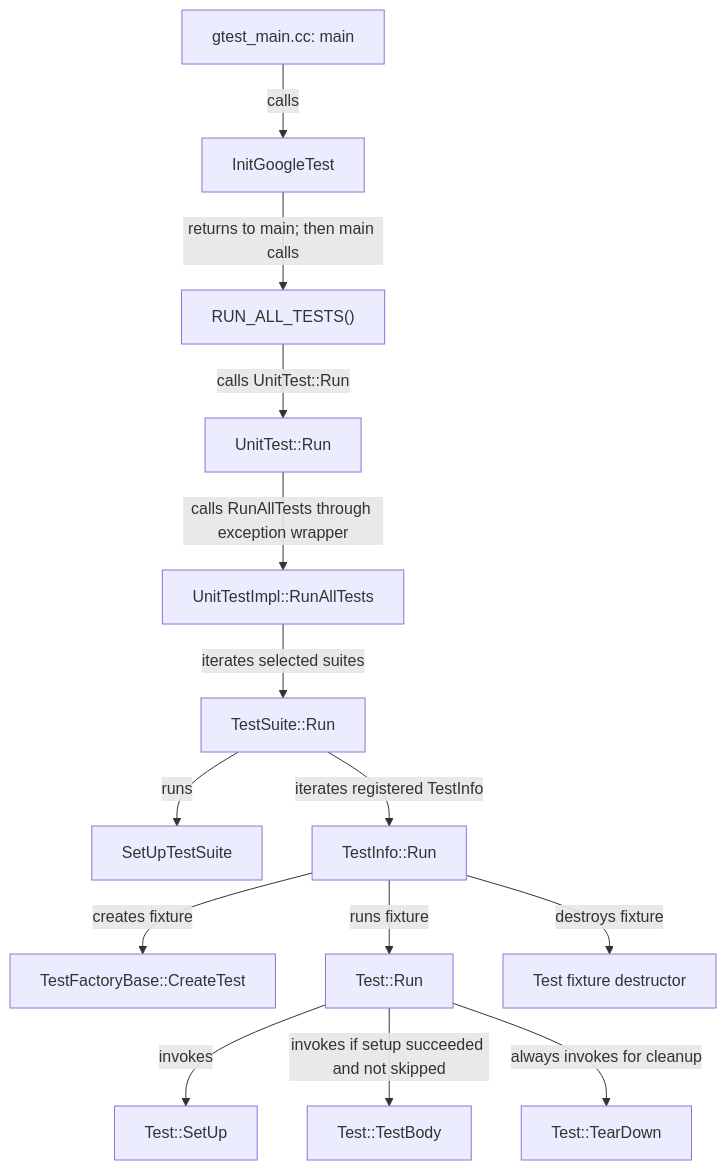
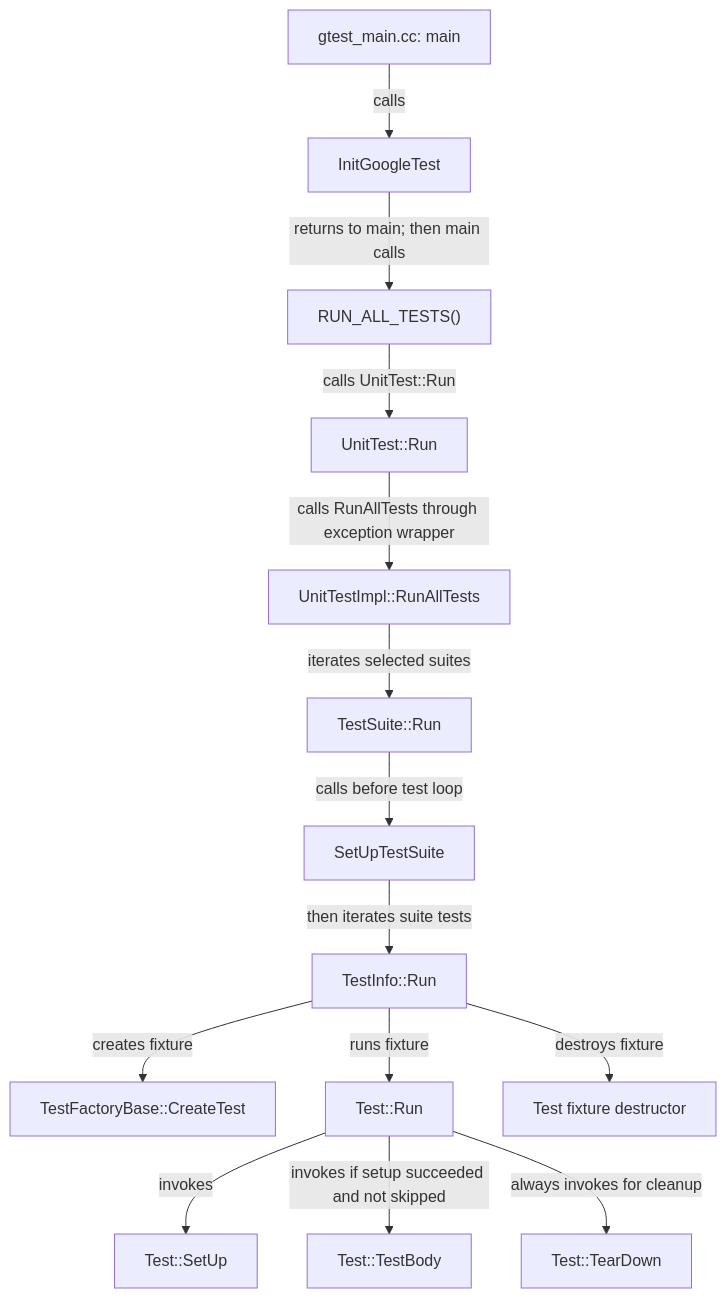
One commit to maxiaoxuxu/googletest changed the second of 3 diagrams in docs/wiki/_plugin_v2_0_10_retest/03_test_execution_lifecycle.md. Above: the diagram before and after it, drawn with Mermaid. The commit also changed other lines of this file and 2 other files, not shown here.

Commit message:
Clarify suite setup order and listener result flow

````diff
--- a/docs/wiki/_plugin_v2_0_10_retest/03_test_execution_lifecycle.md
+++ b/docs/wiki/_plugin_v2_0_10_retest/03_test_execution_lifecycle.md
@@ -77,30 +77,30 @@
 ```mermaid
 graph TD
     MAIN["gtest_main.cc: main"]
     INIT["InitGoogleTest"]
     MACRO["RUN_ALL_TESTS()"]
     UNIT["UnitTest::Run"]
     ALL["UnitTestImpl::RunAllTests"]
     SUITE["TestSuite::Run"]
     SETUP_SUITE["SetUpTestSuite"]
     INFO["TestInfo::Run"]
     FACTORY["TestFactoryBase::CreateTest"]
     TEST["Test::Run"]
     SETUP["Test::SetUp"]
     BODY["Test::TestBody"]
     TEARDOWN["Test::TearDown"]
     DELETE["Test fixture destructor"]
     MAIN -->|calls| INIT
     INIT -->|returns to main; then main calls| MACRO
     MACRO -->|calls UnitTest::Run| UNIT
     UNIT -->|calls RunAllTests through exception wrapper| ALL
     ALL -->|iterates selected suites| SUITE
-    SUITE -->|runs| SETUP_SUITE
-    SUITE -->|iterates registered TestInfo| INFO
+    SUITE -->|calls before test loop| SETUP_SUITE
+    SETUP_SUITE -->|then iterates suite tests| INFO
     INFO -->|creates fixture| FACTORY
     INFO -->|runs fixture| TEST
     TEST -->|invokes| SETUP
     TEST -->|invokes if setup succeeded and not skipped| BODY
     TEST -->|always invokes for cleanup| TEARDOWN
     INFO -->|destroys fixture| DELETE
 ```
````
